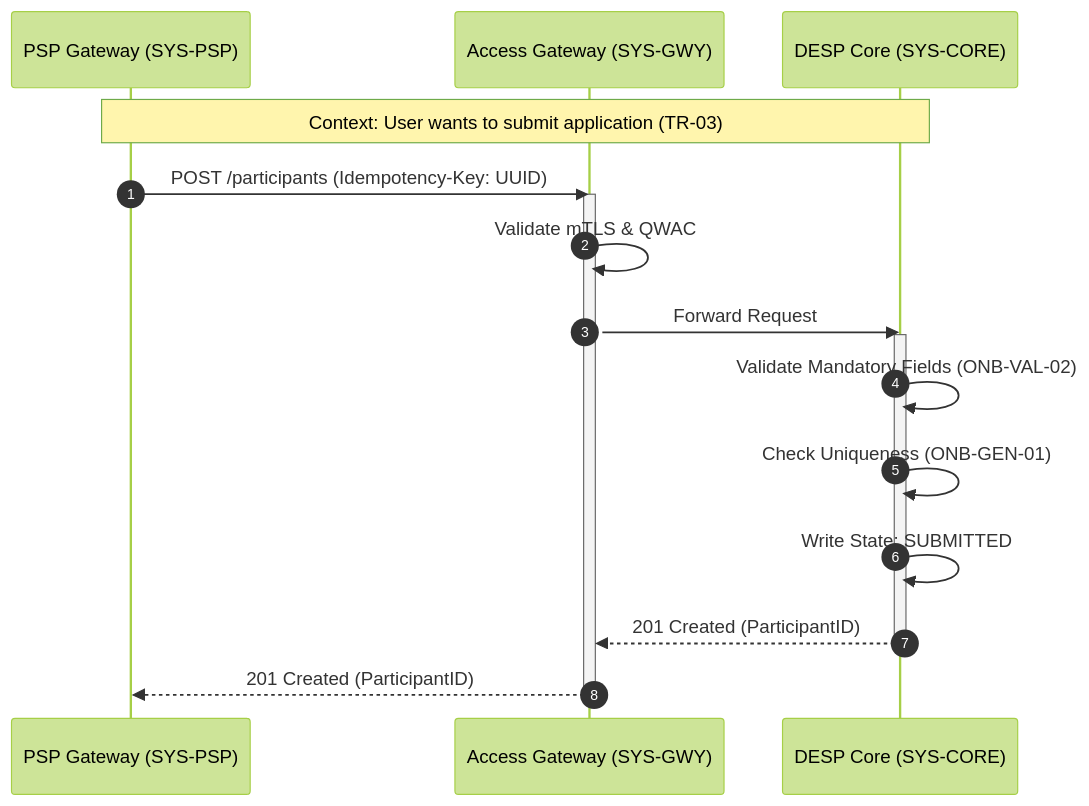
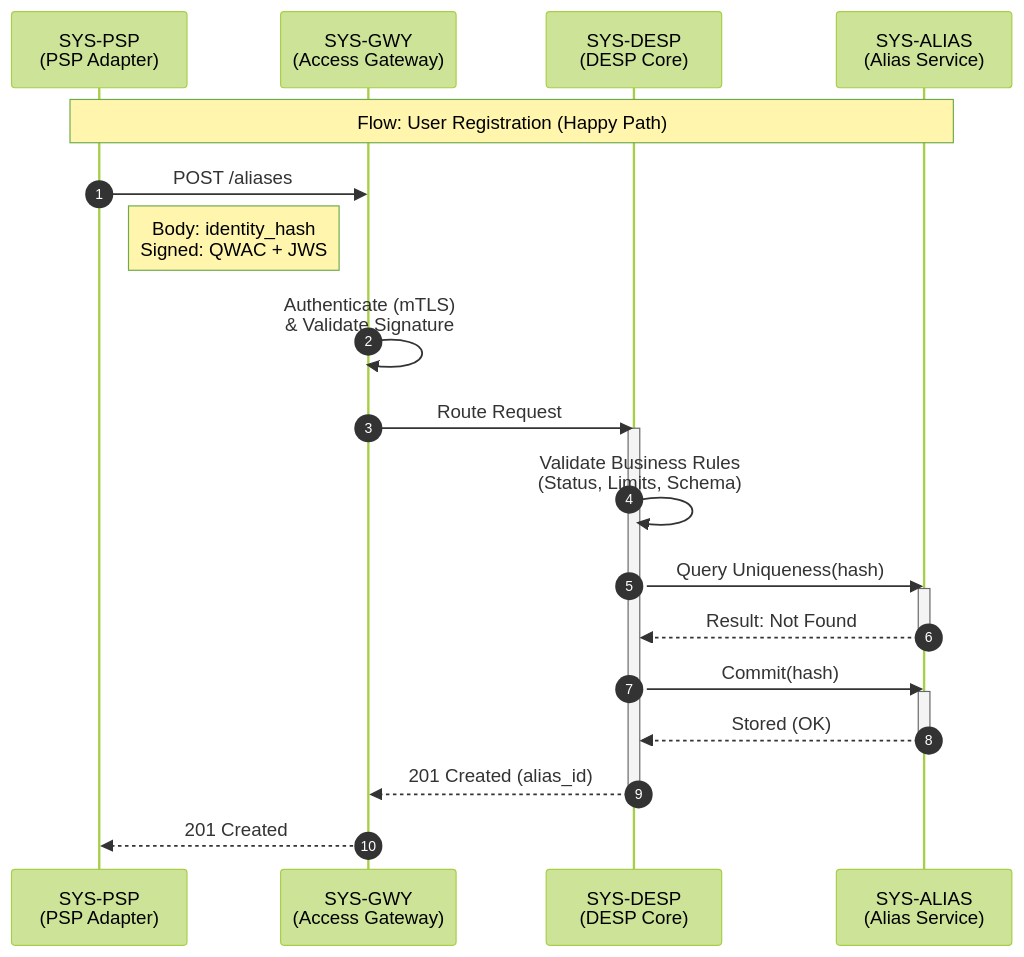
One commit to nnworkspace/elan changed the first of 2 diagrams in 40-specifications/onboarding/onboarding-interfaces-spec.md. Above: the diagram before and after it, drawn with Mermaid (forest theme). The commit also changed other lines of this file and 5 other files, not shown here.

````diff
--- a/40-specifications/onboarding/onboarding-interfaces-spec.md
+++ b/40-specifications/onboarding/onboarding-interfaces-spec.md
@@ -46,25 +54,46 @@
 ```mermaid
 sequenceDiagram
     autonumber
-    participant PSP as PSP Gateway (SYS-PSP)
-    participant GWY as Access Gateway (SYS-GWY)
-    participant CORE as DESP Core (SYS-CORE)
+    
+    participant PSP as SYS-PSP<br/>(PSP Adapter)
+    participant GWY as SYS-GWY<br/>(Access Gateway)
+    participant DESP as SYS-DESP<br/>(DESP Core)
+    participant ALIAS as SYS-ALIAS<br/>(Alias Service)
 
-    Note over PSP, CORE: Context: User wants to submit application (TR-03)
+    Note over PSP, ALIAS: Flow: User Registration (Happy Path)
 
-    PSP->>GWY: POST /participants (Idempotency-Key: UUID)
-    
-    activate GWY
-    GWY->>GWY: Validate mTLS & QWAC
-    
-    GWY->>CORE: Forward Request
-    activate CORE
-    CORE->>CORE: Validate Mandatory Fields (ONB-VAL-02)
-    CORE->>CORE: Check Uniqueness (ONB-GEN-01)
-    CORE->>CORE: Write State: SUBMITTED
-    CORE-->>GWY: 201 Created (ParticipantID)
-    deactivate CORE
+    %% STEP-REG-01
+    PSP->>GWY: POST /aliases
+    Note right of PSP: Body: identity_hash<br/>Signed: QWAC + JWS
 
-    GWY-->>PSP: 201 Created (ParticipantID)
-    deactivate GWY
+    %% STEP-REG-02
+    GWY->>GWY: Authenticate (mTLS)<br/>& Validate Signature
+
+    %% STEP-REG-03
+    GWY->>DESP: Route Request
+    activate DESP
+
+    %% STEP-REG-04
+    DESP->>DESP: Validate Business Rules<br/>(Status, Limits, Schema)
+
+    %% STEP-REG-05
+    DESP->>ALIAS: Query Uniqueness(hash)
+    activate ALIAS
+
+    %% STEP-REG-06
+    ALIAS-->>DESP: Result: Not Found
+    deactivate ALIAS
+
+    %% STEP-REG-07
+    DESP->>ALIAS: Commit(hash)
+    activate ALIAS
+    ALIAS-->>DESP: Stored (OK)
+    deactivate ALIAS
+
+    %% STEP-REG-08
+    DESP-->>GWY: 201 Created (alias_id)
+    deactivate DESP
+
+    %% STEP-REG-09
+    GWY-->>PSP: 201 Created
 ```
````
